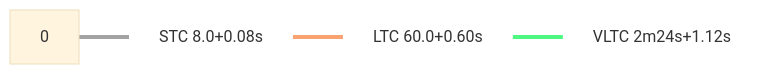
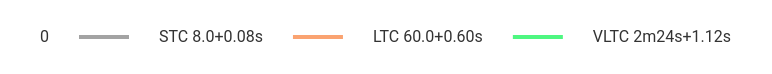
The second of 3 diagrams in engines/Kreveta.md (computer-chess-index/cci), drawn with Mermaid before and after one commit. The commit also changed other lines of this file, not shown here.

````diff
--- a/engines/Kreveta.md
+++ b/engines/Kreveta.md
@@ -54,13 +54,14 @@
 ```mermaid
 %%{init: {"theme":"base"}}%%
 flowchart LR
 0 --- A[STC 8.0+0.08s]
 A --- B[LTC 60.0+0.60s]
 B --- C[VLTC 2m24s+1.12s]
 linkStyle 0 stroke:#a3a3a3,stroke-width:4px
 linkStyle 1 stroke:#faa371,stroke-width:4px
 linkStyle 2 stroke:#4ef781,stroke-width:4px
+style 0 fill:none,stroke:none
 style A fill:none,stroke:none
 style B fill:none,stroke:none
 style C fill:none,stroke:none
 ```
````
